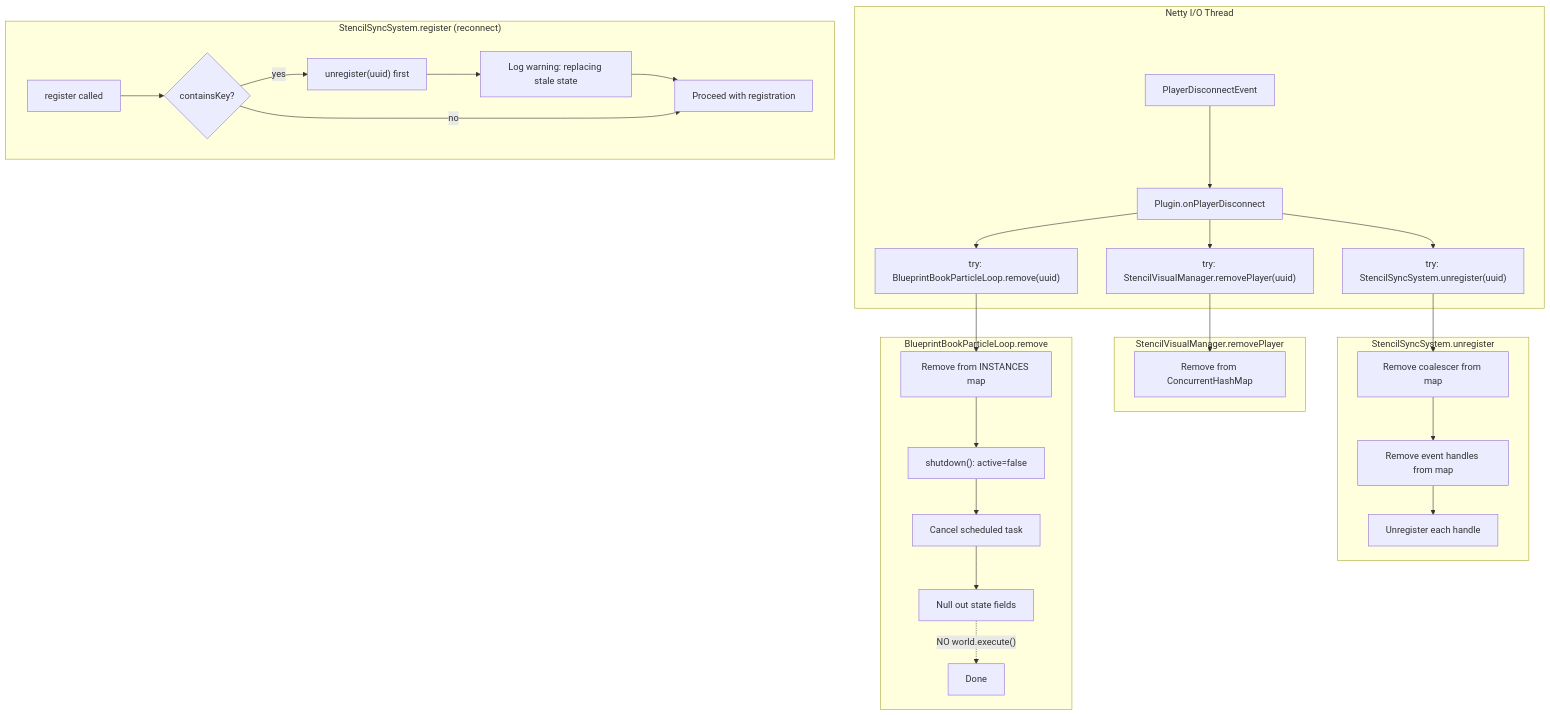
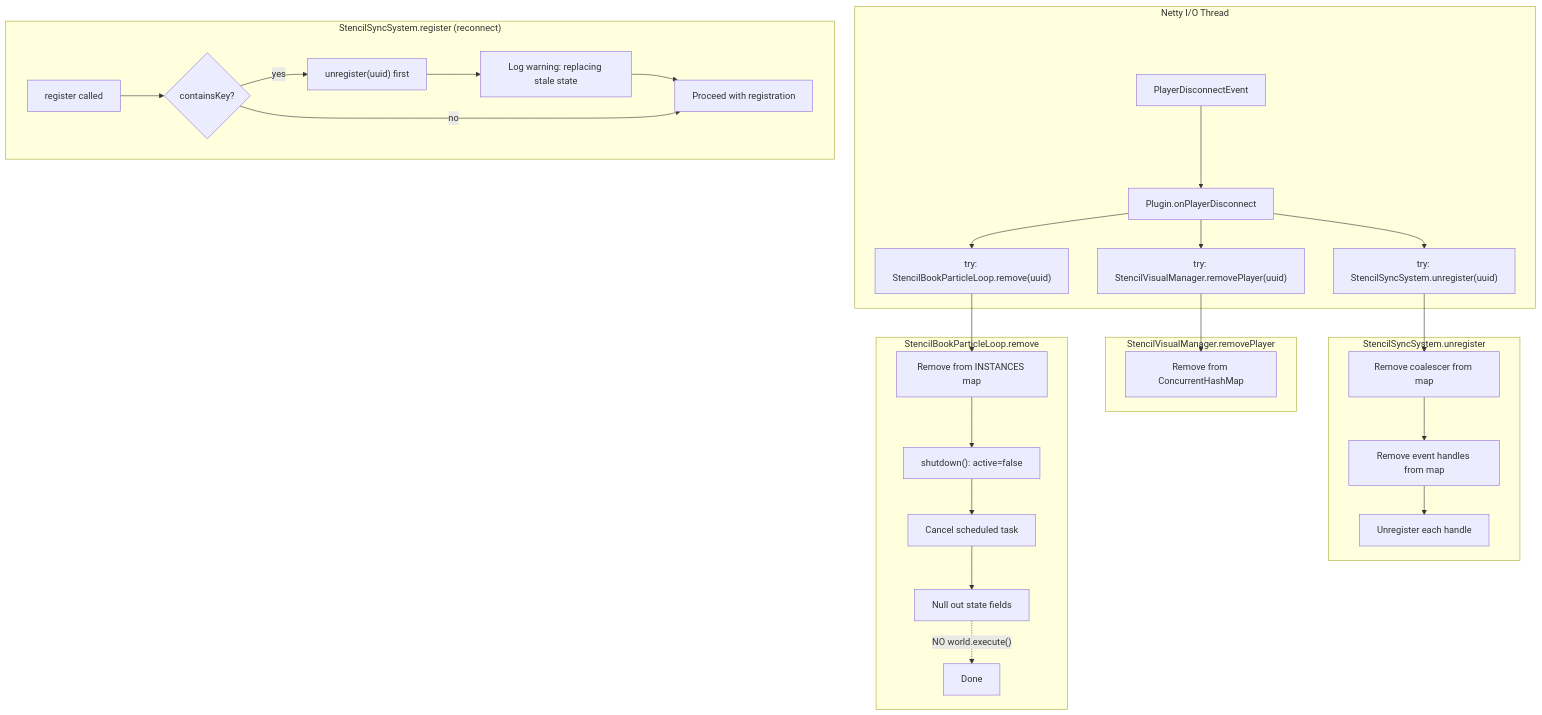
Before and after one commit to TheCodeCreature/Hytale-Example-Plugin: the third of 3 diagrams in docs/design-disconnect-race-fix.md, drawn with Mermaid. The commit also changed other lines of this file and 289 other files, not shown here.

````diff
--- a/docs/design-disconnect-race-fix.md
+++ b/docs/design-disconnect-race-fix.md
@@ -91,35 +91,35 @@
 ```mermaid
 graph TB
     subgraph "Netty I/O Thread"
         A[PlayerDisconnectEvent] --> B[Plugin.onPlayerDisconnect]
         B --> C["try: StencilSyncSystem.unregister(uuid)"]
         B --> D["try: StencilVisualManager.removePlayer(uuid)"]
-        B --> E["try: BlueprintBookParticleLoop.remove(uuid)"]
+        B --> E["try: StencilBookParticleLoop.remove(uuid)"]
     end
 
     subgraph "StencilSyncSystem.unregister"
         C --> C1[Remove coalescer from map]
         C1 --> C2[Remove event handles from map]
         C2 --> C3[Unregister each handle]
     end
 
     subgraph "StencilVisualManager.removePlayer"
         D --> D1[Remove from ConcurrentHashMap]
     end
 
-    subgraph "BlueprintBookParticleLoop.remove"
+    subgraph "StencilBookParticleLoop.remove"
         E --> E1[Remove from INSTANCES map]
         E1 --> E2["shutdown(): active=false"]
         E2 --> E3[Cancel scheduled task]
         E3 --> E4[Null out state fields]
         E4 -.->|"NO world.execute()"| F[Done]
     end
 
     subgraph "StencilSyncSystem.register (reconnect)"
         G[register called] --> H{containsKey?}
         H -->|yes| I["unregister(uuid) first"]
         I --> J[Log warning: replacing stale state]
         J --> K[Proceed with registration]
         H -->|no| K
     end
 ```
````
